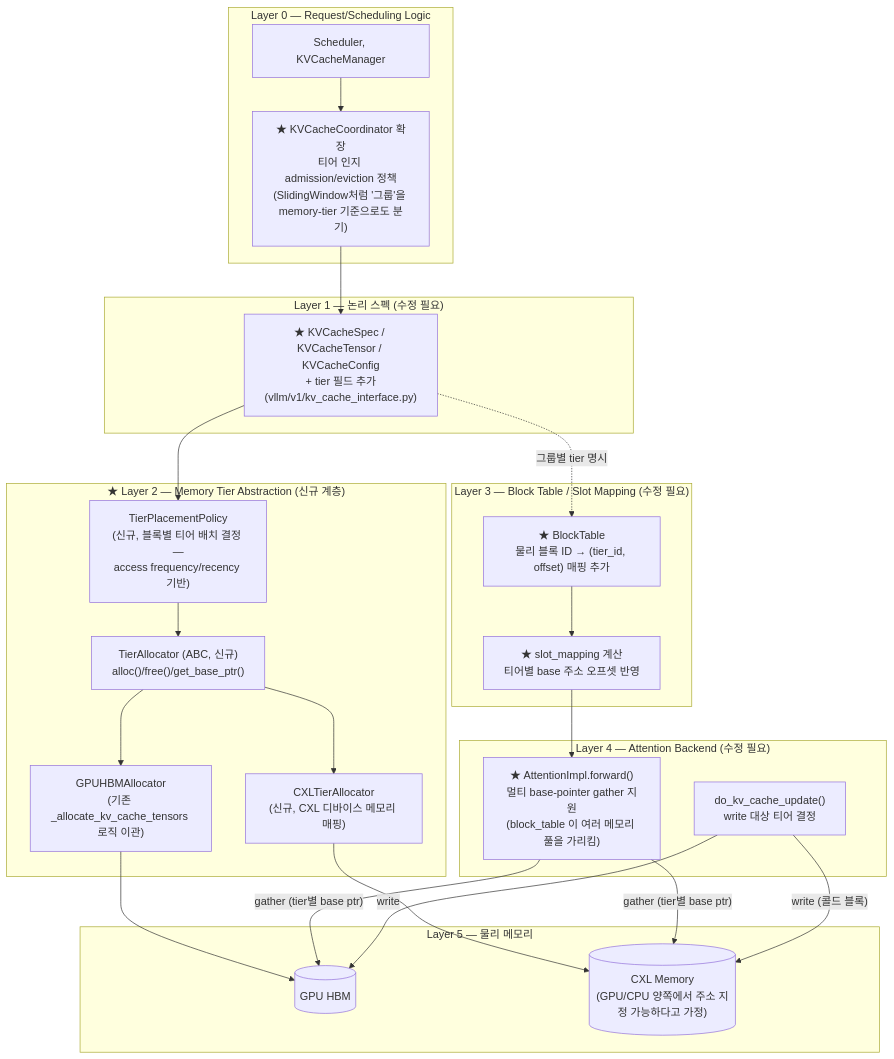
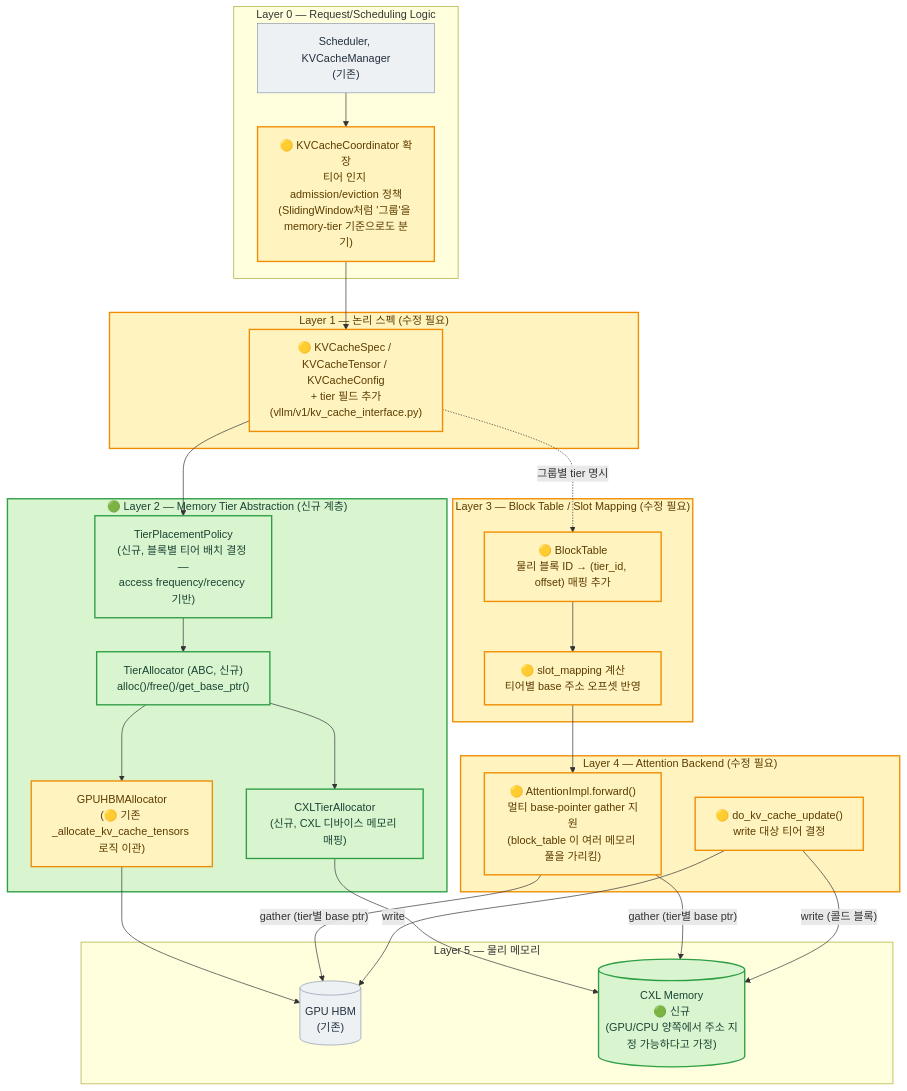
The fourth of 6 diagrams in doc-mk/vllm-kv-cache-memory-tiering.md (mkim0628/vllm), drawn with Mermaid before and after one commit. The commit also changed other lines of this file, not shown here.

First line of the commit message:
docs: fix broken mermaid diagram and add as-is/to-be color coding

````diff
--- a/doc-mk/vllm-kv-cache-memory-tiering.md
+++ b/doc-mk/vllm-kv-cache-memory-tiering.md
@@ -194,44 +212,51 @@
 ```mermaid
 graph TB
     subgraph L0["Layer 0 — Request/Scheduling Logic"]
-        L0A["Scheduler, KVCacheManager"]
-        L0B["★ KVCacheCoordinator 확장<br/>티어 인지 admission/eviction 정책<br/>(SlidingWindow처럼 '그룹'을 memory-tier 기준으로도 분기)"]
+        L0A["Scheduler, KVCacheManager<br/>(기존)"]
+        L0B["🟡 KVCacheCoordinator 확장<br/>티어 인지 admission/eviction 정책<br/>(SlidingWindow처럼 '그룹'을 memory-tier 기준으로도 분기)"]
     end
 
     subgraph L1["Layer 1 — 논리 스펙 (수정 필요)"]
-        L1A["★ KVCacheSpec / KVCacheTensor / KVCacheConfig<br/>+ tier 필드 추가<br/>(vllm/v1/kv_cache_interface.py)"]
+        L1A["🟡 KVCacheSpec / KVCacheTensor / KVCacheConfig<br/>+ tier 필드 추가<br/>(vllm/v1/kv_cache_interface.py)"]
     end
 
-    subgraph L2["★ Layer 2 — Memory Tier Abstraction (신규 계층)"]
+    subgraph L2["🟢 Layer 2 — Memory Tier Abstraction (신규 계층)"]
         L2A["TierAllocator (ABC, 신규)<br/>alloc()/free()/get_base_ptr()"]
-        L2B["GPUHBMAllocator<br/>(기존 _allocate_kv_cache_tensors 로직 이관)"]
+        L2B["GPUHBMAllocator<br/>(🟡 기존 _allocate_kv_cache_tensors 로직 이관)"]
         L2C["CXLTierAllocator<br/>(신규, CXL 디바이스 메모리 매핑)"]
         L2D["TierPlacementPolicy<br/>(신규, 블록별 티어 배치 결정 —<br/>access frequency/recency 기반)"]
     end
 
     subgraph L3["Layer 3 — Block Table / Slot Mapping (수정 필요)"]
-        L3A["★ BlockTable<br/>물리 블록 ID → (tier_id, offset) 매핑 추가"]
-        L3B["★ slot_mapping 계산<br/>티어별 base 주소 오프셋 반영"]
+        L3A["🟡 BlockTable<br/>물리 블록 ID → (tier_id, offset) 매핑 추가"]
+        L3B["🟡 slot_mapping 계산<br/>티어별 base 주소 오프셋 반영"]
     end
 
     subgraph L4["Layer 4 — Attention Backend (수정 필요)"]
-        L4A["★ AttentionImpl.forward()<br/>멀티 base-pointer gather 지원<br/>(block_table 이 여러 메모리 풀을 가리킴)"]
-        L4B["do_kv_cache_update()<br/>write 대상 티어 결정"]
+        L4A["🟡 AttentionImpl.forward()<br/>멀티 base-pointer gather 지원<br/>(block_table 이 여러 메모리 풀을 가리킴)"]
+        L4B["🟡 do_kv_cache_update()<br/>write 대상 티어 결정"]
     end
 
     subgraph L5["Layer 5 — 물리 메모리"]
-        HBM[("GPU HBM")]
-        CXLMEM[("CXL Memory<br/>(GPU/CPU 양쪽에서 주소 지정 가능하다고 가정)")]
+        HBM[("GPU HBM<br/>(기존)")]
+        CXLMEM[("CXL Memory<br/>🟢 신규<br/>(GPU/CPU 양쪽에서 주소 지정 가능하다고 가정)")]
     end
 
     L0A --> L0B --> L1A --> L2D
     L2D --> L2A
     L2A --> L2B --> HBM
     L2A --> L2C --> CXLMEM
     L1A -. "그룹별 tier 명시" .-> L3A
     L3A --> L3B --> L4A
     L4A -- "gather (tier별 base ptr)" --> HBM
     L4A -- "gather (tier별 base ptr)" --> CXLMEM
     L4B -- "write" --> HBM
     L4B -- "write (콜드 블록)" --> CXLMEM
+
+    classDef existingBox fill:#eef1f4,stroke:#8d99ae,color:#22303e,stroke-width:1px;
+    classDef modifiedBox fill:#fff3bf,stroke:#f08c00,color:#5c3c00,stroke-width:2px;
+    classDef newBox fill:#d8f5d0,stroke:#2f9e44,color:#1b4332,stroke-width:2px;
+    class L0A,HBM existingBox
+    class L0B,L1,L1A,L3,L3A,L3B,L4,L4A,L4B,L2B modifiedBox
+    class L2,L2A,L2C,L2D,CXLMEM newBox
 ```
````
